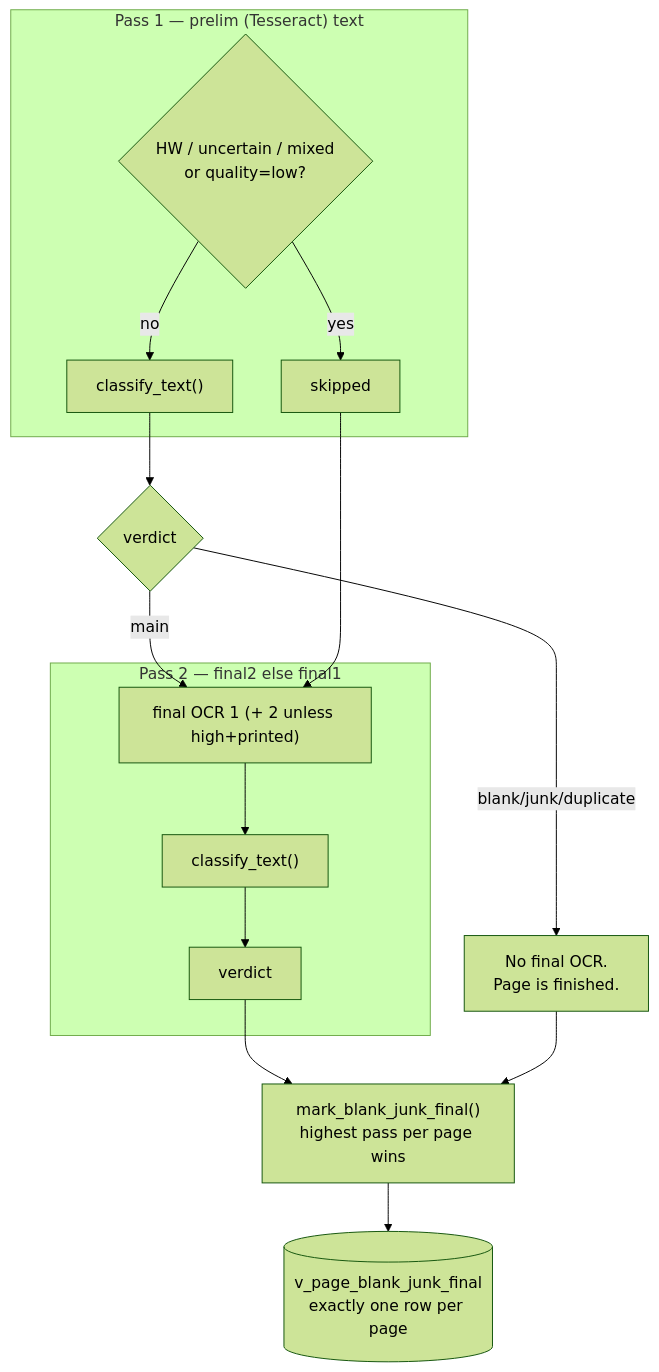
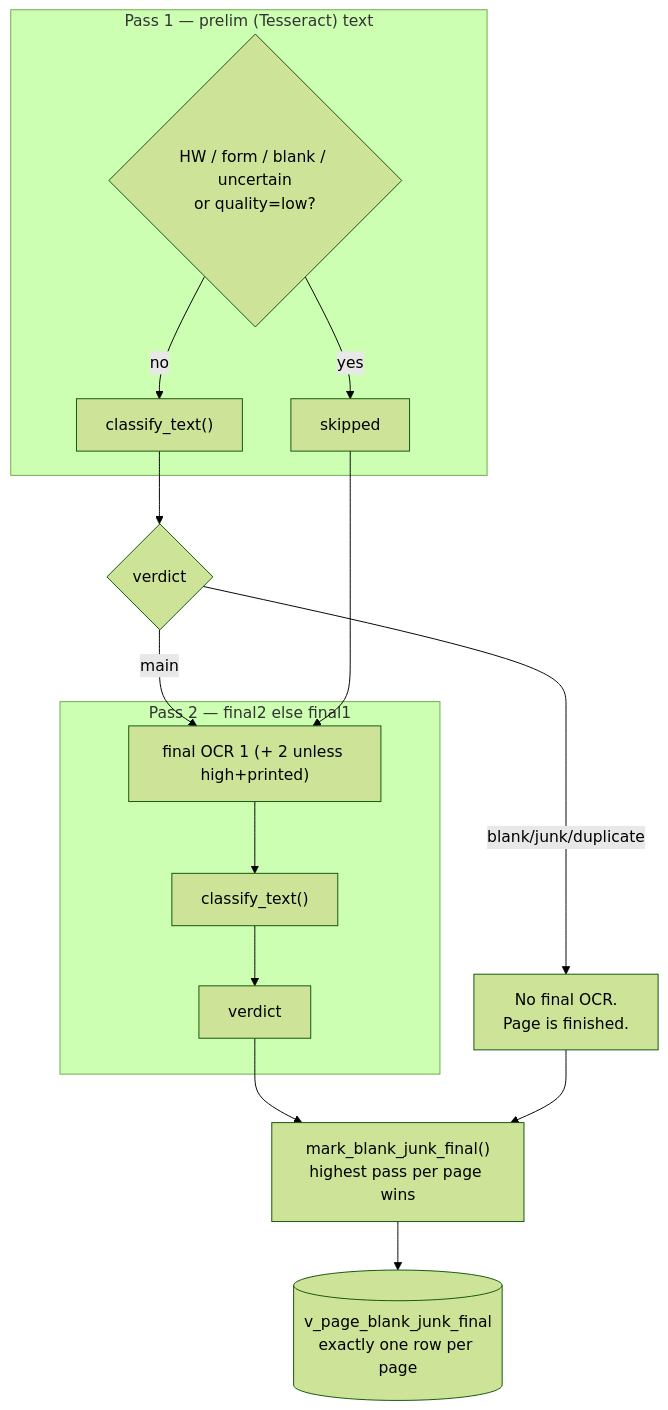
One commit to abhinavdg-ever/model-repo changed the third of 7 diagrams in docs/LOGIC.md. Above: the diagram before and after it, drawn with Mermaid (forest theme). The commit also changed other lines of this file and 33 other files, not shown here.

````diff
--- a/docs/LOGIC.md
+++ b/docs/LOGIC.md
@@ -134,21 +197,21 @@
 ```mermaid
 flowchart TD
   subgraph P1["Pass 1 — prelim (Tesseract) text"]
-    A{"HW / uncertain / mixed<br/>or quality=low?"} -- yes --> SKIP["skipped"]
+    A{"HW / form / blank / uncertain<br/>or quality=low?"} -- yes --> SKIP["skipped"]
     A -- no --> CLS1["classify_text()"]
   end
 
   CLS1 --> OUT1{"verdict"}
   OUT1 -- "blank/junk/duplicate" --> DROP["No final OCR.<br/>Page is finished."]
   OUT1 -- "main" --> F["final OCR 1 (+ 2 unless high+printed)"]
   SKIP --> F
 
   subgraph P2["Pass 2 — final2 else final1"]
     F --> CLS2["classify_text()"]
     CLS2 --> OUT2["verdict"]
   end
 
   OUT2 --> FINAL["mark_blank_junk_final()<br/>highest pass per page wins"]
   DROP --> FINAL
   FINAL --> V[("v_page_blank_junk_final<br/>exactly one row per page")]
 ```
````
